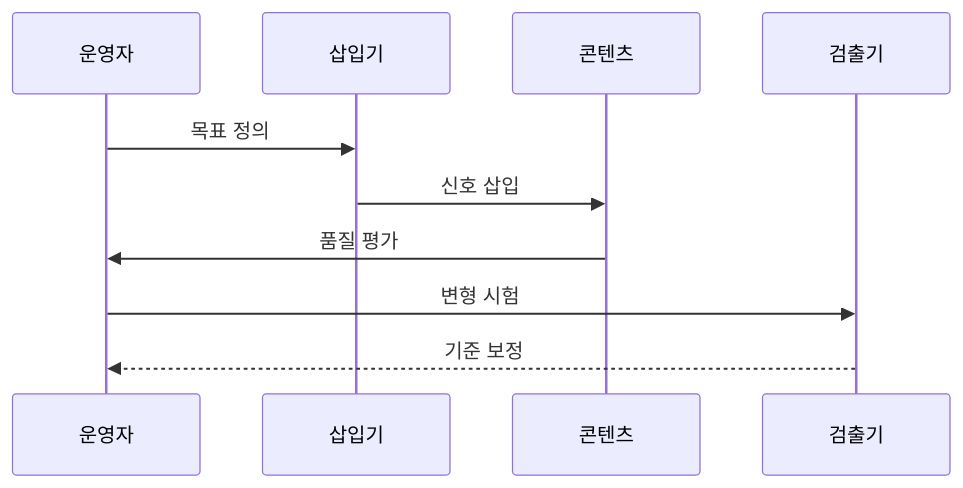
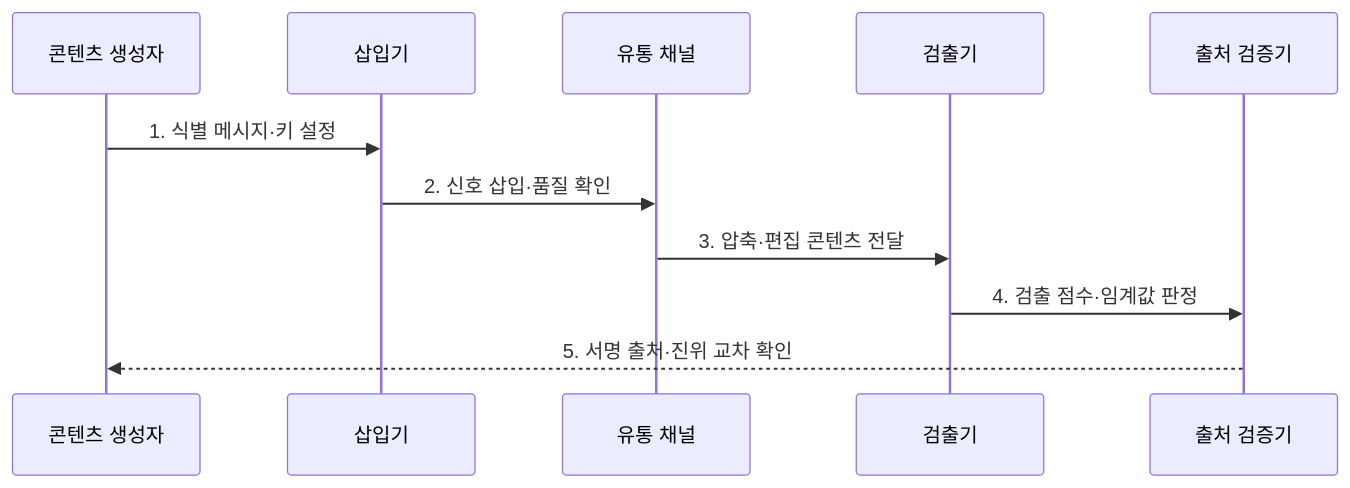
The second of 2 diagrams in src/content/docs/notes/05-security/091_ai_watermarking.md (agnusdei1207/knowledge-base), drawn with Mermaid before and after one commit. The commit also changed other lines of this file and 3 other files, not shown here.

````diff
--- a/src/content/docs/notes/05-security/091_ai_watermarking.md
+++ b/src/content/docs/notes/05-security/091_ai_watermarking.md
@@ -81,12 +81,13 @@
 ```mermaid
 sequenceDiagram
-    participant O as 운영자
+    participant O as 콘텐츠 생성자
     participant I as 삽입기
-    participant C as 콘텐츠
+    participant C as 유통 채널
     participant D as 검출기
-    O->>I: 목표 정의
-    I->>C: 신호 삽입
-    C->>O: 품질 평가
-    O->>D: 변형 시험
-    D-->>O: 기준 보정
+    participant V as 출처 검증기
+    O->>I: 1. 식별 메시지·키 설정
+    I->>C: 2. 신호 삽입·품질 확인
+    C->>D: 3. 압축·편집 콘텐츠 전달
+    D->>V: 4. 검출 점수·임계값 판정
+    V-->>O: 5. 서명 출처·진위 교차 확인
 ```
````
